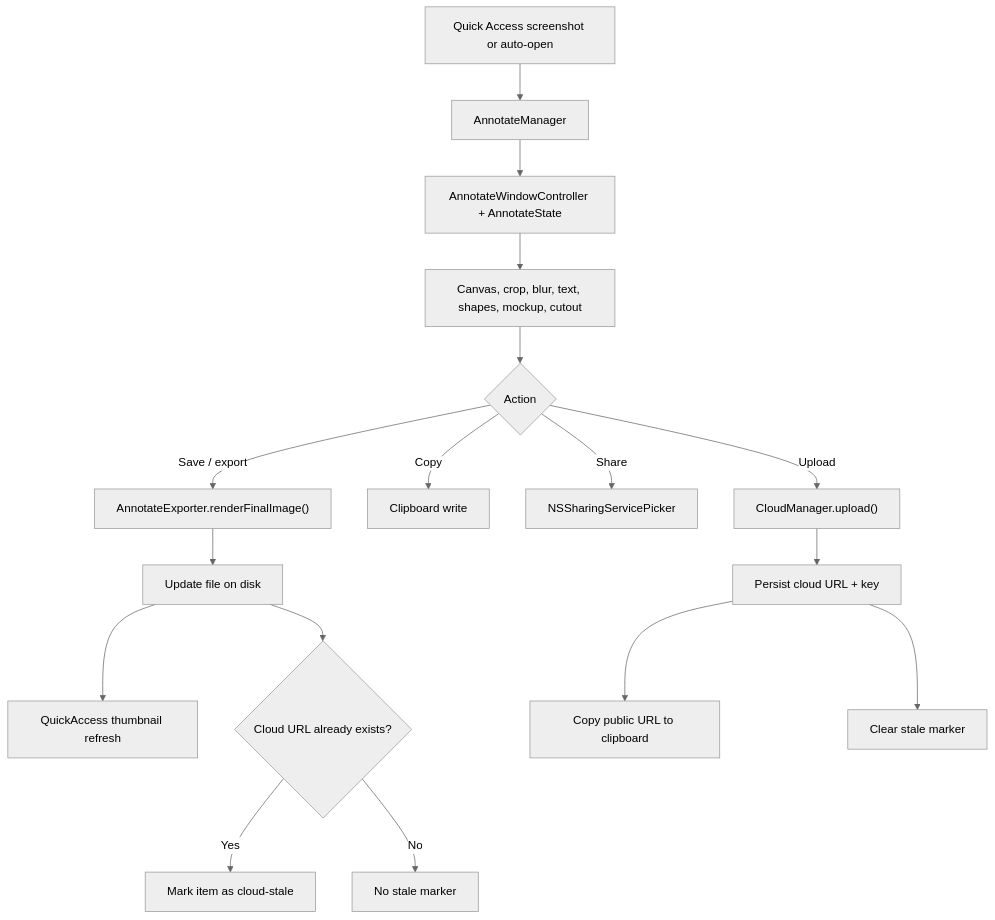
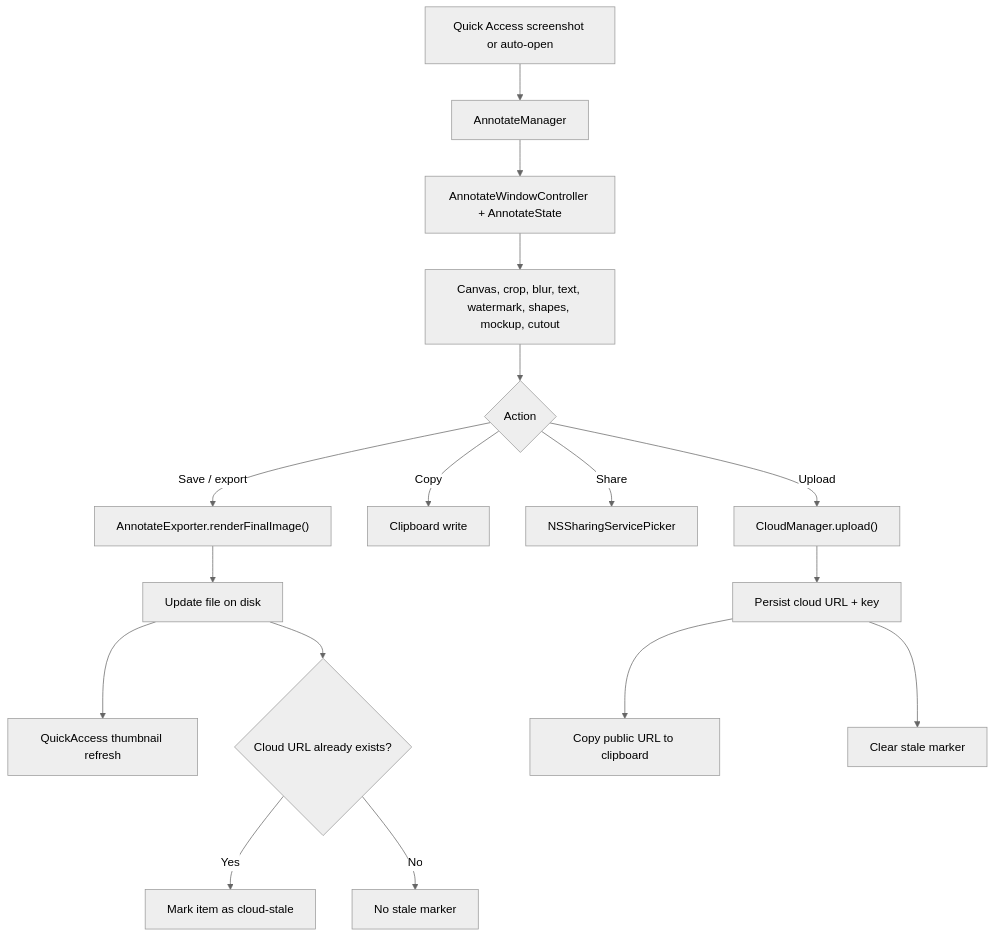
Before and after one commit to duongductrong/Snapzy: the sixth of 7 diagrams in docs/CAPTURE.md, drawn with Mermaid (neutral theme). The commit also changed other lines of this file and 15 other files, not shown here.

````diff
--- a/docs/CAPTURE.md
+++ b/docs/CAPTURE.md
@@ -219,22 +219,22 @@
 ```mermaid
 flowchart TD
     A["Quick Access screenshot or auto-open"] --> B["AnnotateManager"]
     B --> C["AnnotateWindowController + AnnotateState"]
-    C --> D["Canvas, crop, blur, text, shapes, mockup, cutout"]
+    C --> D["Canvas, crop, blur, text, watermark, shapes, mockup, cutout"]
 
     D --> E{"Action"}
     E -->|Save / export| F["AnnotateExporter.renderFinalImage()"]
     E -->|Copy| G["Clipboard write"]
     E -->|Share| H["NSSharingServicePicker"]
     E -->|Upload| I["CloudManager.upload()"]
 
     F --> J["Update file on disk"]
     J --> K["QuickAccess thumbnail refresh"]
     J --> L{"Cloud URL already exists?"}
     L -->|Yes| M["Mark item as cloud-stale"]
     L -->|No| N["No stale marker"]
 
     I --> O["Persist cloud URL + key"]
     O --> P["Copy public URL to clipboard"]
     O --> Q["Clear stale marker"]
 ```
````
